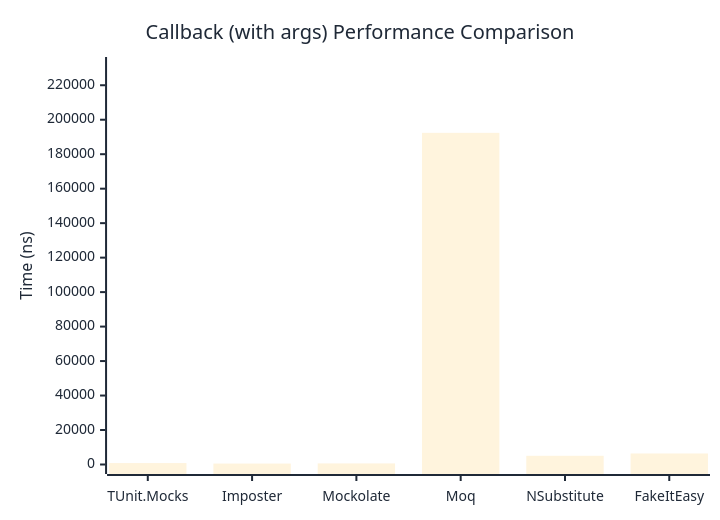
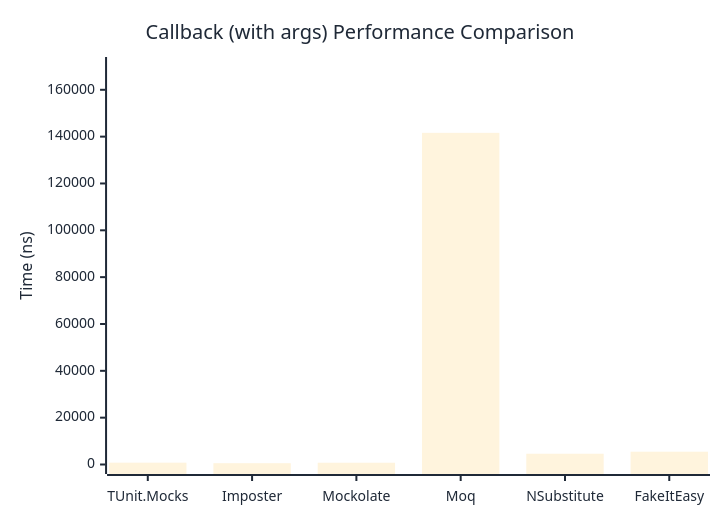
Before and after one commit to thomhurst/TUnit: the second of 2 diagrams in docs/docs/benchmarks/mocks/Callback.md, drawn with Mermaid. The commit also changed other lines of this file and 14 other files, not shown here.

````diff
--- a/docs/docs/benchmarks/mocks/Callback.md
+++ b/docs/docs/benchmarks/mocks/Callback.md
@@ -69,27 +69,27 @@
 ```mermaid
 %%{init: {
   'theme':'base',
   'themeVariables': {
     'primaryColor': '#2563eb',
     'primaryTextColor': '#1f2937',
     'primaryBorderColor': '#1e40af',
     'lineColor': '#6b7280',
     'secondaryColor': '#7c3aed',
     'tertiaryColor': '#dc2626',
     'background': '#ffffff',
     'pie1': '#2563eb',
     'pie2': '#7c3aed',
     'pie3': '#dc2626',
     'pie4': '#f59e0b',
     'pie5': '#10b981',
     'pie6': '#06b6d4',
     'pie7': '#ec4899',
     'pie8': '#6366f1'
   }
 }}%%
 xychart-beta
   title "Callback (with args) Performance Comparison"
   x-axis ["TUnit.Mocks", "Imposter", "Mockolate", "Moq", "NSubstitute", "FakeItEasy"]
-  y-axis "Time (ns)" 0 --> 230872
-  bar [828, 552.9, 635.4, 192392.8, 5056.6, 6393.1]
+  y-axis "Time (ns)" 0 --> 169945
+  bar [782.6, 557.1, 753.7, 141620.2, 4593.7, 5469.7]
 ```
````
